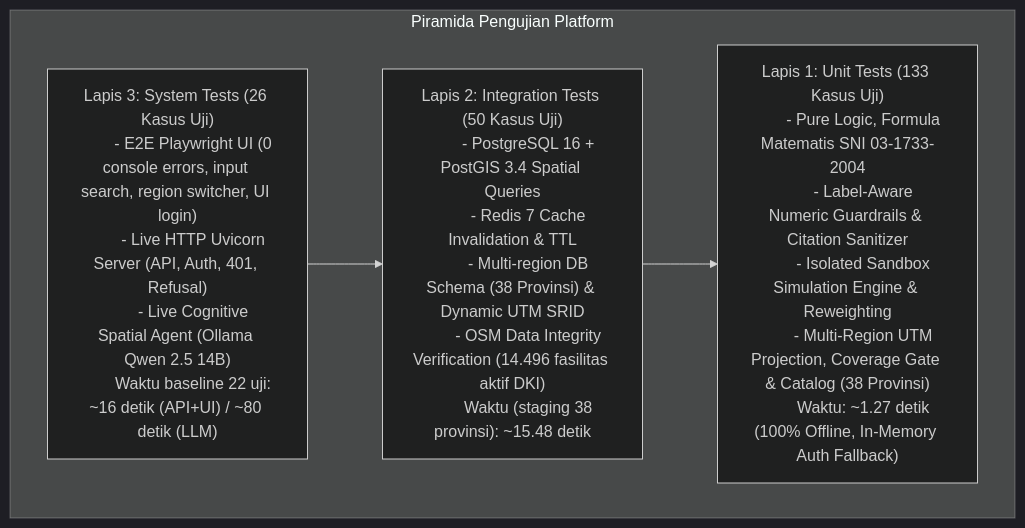
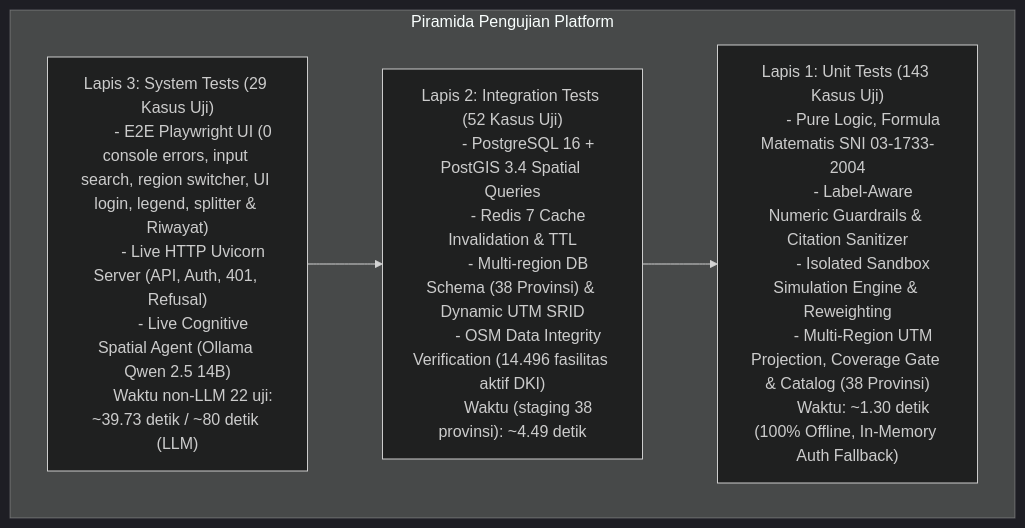
One commit to Naputriz/District-Resource-Profiling changed the diagram in docs/TESTING.md. Above: the diagram before and after it, drawn with Mermaid (dark theme). The commit also changed other lines of this file and 20 other files, not shown here.

First line of the commit message:
feat: chat log (database + local file), collapsible map legend, side-panel splitter fix

````diff
--- a/docs/TESTING.md
+++ b/docs/TESTING.md
@@ -12,27 +12,27 @@
 ```mermaid
 flowchart TD
     subgraph Pyramid ["Piramida Pengujian Platform"]
-        SYS["Lapis 3: System Tests (26 Kasus Uji)
-        - E2E Playwright UI (0 console errors, input search, region switcher, UI login)
+        SYS["Lapis 3: System Tests (29 Kasus Uji)
+        - E2E Playwright UI (0 console errors, input search, region switcher, UI login, legend, splitter & Riwayat)
         - Live HTTP Uvicorn Server (API, Auth, 401, Refusal)
         - Live Cognitive Spatial Agent (Ollama Qwen 2.5 14B)
-        Waktu baseline 22 uji: ~16 detik (API+UI) / ~80 detik (LLM)"]
+        Waktu non-LLM 22 uji: ~39.73 detik / ~80 detik (LLM)"]
         
-        INT["Lapis 2: Integration Tests (50 Kasus Uji)
+        INT["Lapis 2: Integration Tests (52 Kasus Uji)
         - PostgreSQL 16 + PostGIS 3.4 Spatial Queries
         - Redis 7 Cache Invalidation & TTL
         - Multi-region DB Schema (38 Provinsi) & Dynamic UTM SRID
         - OSM Data Integrity Verification (14.496 fasilitas aktif DKI)
-        Waktu (staging 38 provinsi): ~15.48 detik"]
+        Waktu (staging 38 provinsi): ~4.49 detik"]
         
-        UNIT["Lapis 1: Unit Tests (133 Kasus Uji)
+        UNIT["Lapis 1: Unit Tests (143 Kasus Uji)
         - Pure Logic, Formula Matematis SNI 03-1733-2004
         - Label-Aware Numeric Guardrails & Citation Sanitizer
         - Isolated Sandbox Simulation Engine & Reweighting
         - Multi-Region UTM Projection, Coverage Gate & Catalog (38 Provinsi)
-        Waktu: ~1.27 detik (100% Offline, In-Memory Auth Fallback)"]
+        Waktu: ~1.30 detik (100% Offline, In-Memory Auth Fallback)"]
     end
 
     SYS --> INT
     INT --> UNIT
 ```
````
